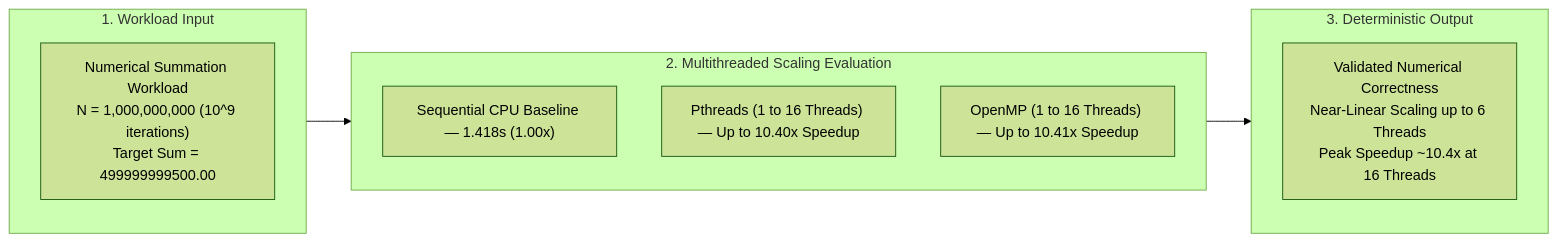
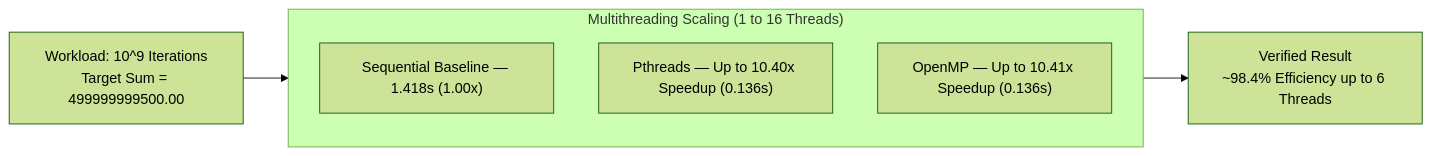
The diagram in Lab_Experiment_2/README.md (Janaki1711/PGC_Lab), drawn with Mermaid (forest theme) before and after one commit. The commit also changed other lines of this file and 26 other files, not shown here.

Commit message:
Refine benchmark charts with compact sizing and muted palette; streamline documentation to be concise and to the point

````diff
--- a/Lab_Experiment_2/README.md
+++ b/Lab_Experiment_2/README.md
@@ -14,19 +14,11 @@
 ```mermaid
 flowchart LR
-    subgraph Input ["1. Workload Input"]
-        IN["Numerical Summation Workload<br/>N = 1,000,000,000 (10^9 iterations)<br/>Target Sum = 499999999500.00"]
+    Input["Workload: 10^9 Iterations<br/>Target Sum = 499999999500.00"] --> Scaling
+    subgraph Scaling ["Multithreading Scaling (1 to 16 Threads)"]
+        direction TB
+        M1["Sequential Baseline — 1.418s (1.00x)"]
+        M2["Pthreads — Up to 10.40x Speedup (0.136s)"]
+        M3["OpenMP — Up to 10.41x Speedup (0.136s)"]
     end
-
-    subgraph Models ["2. Multithreaded Scaling Evaluation"]
-        direction TB
-        M1["Sequential CPU Baseline — 1.418s (1.00x)"]
-        M2["Pthreads (1 to 16 Threads) — Up to 10.40x Speedup"]
-        M3["OpenMP (1 to 16 Threads) — Up to 10.41x Speedup"]
-    end
-
-    subgraph Output ["3. Deterministic Output"]
-        OUT["Validated Numerical Correctness<br/>Near-Linear Scaling up to 6 Threads<br/>Peak Speedup ~10.4x at 16 Threads"]
-    end
-
-    Input --> Models --> Output
+    Scaling --> Output["Verified Result<br/>~98.4% Efficiency up to 6 Threads"]
 ```
````
